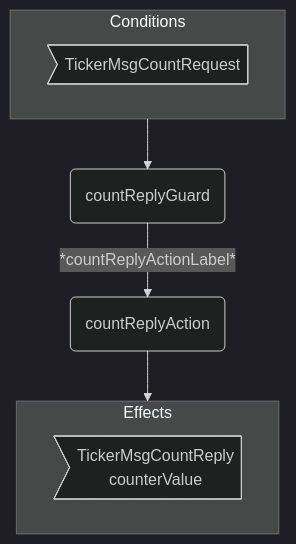
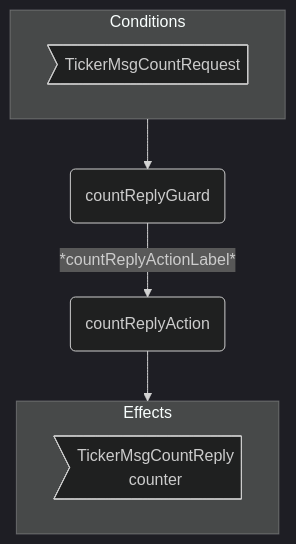
The second of 2 diagrams in docs/arch/node/engines/ticker_behaviour.juvix.md (anoma/nspec), drawn with Mermaid (dark theme) before and after one commit. The commit also changed other lines of this file and 1 other file, not shown here.

Commit message:
diagrams: conditions&effects

````diff
--- a/docs/arch/node/engines/ticker_behaviour.juvix.md
+++ b/docs/arch/node/engines/ticker_behaviour.juvix.md
@@ -414,15 +414,15 @@
 ```mermaid
 flowchart TD
   subgraph C[Conditions]
     CMsg>TickerMsgCountRequest]
   end
 
   G(countReplyGuard)
   A(countReplyAction)
 
   C --> G -- *countReplyActionLabel* --> A --> E
 
   subgraph E[Effects]
-    EMsg>TickerMsgCountReply<br/>counterValue]
+    EMsg>TickerMsgCountReply<br/>counter]
   end
 ```
````
